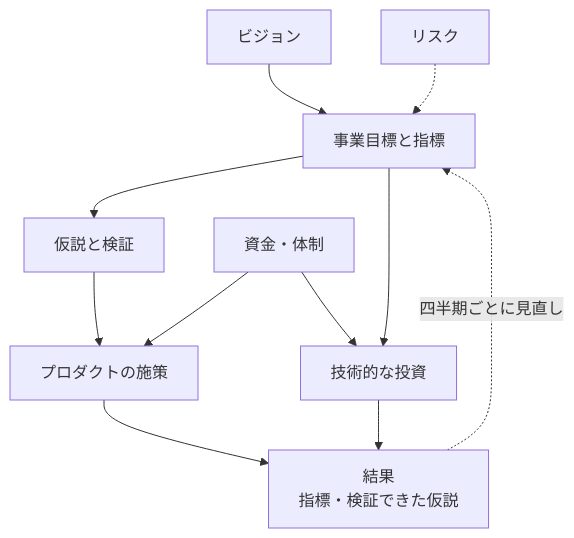
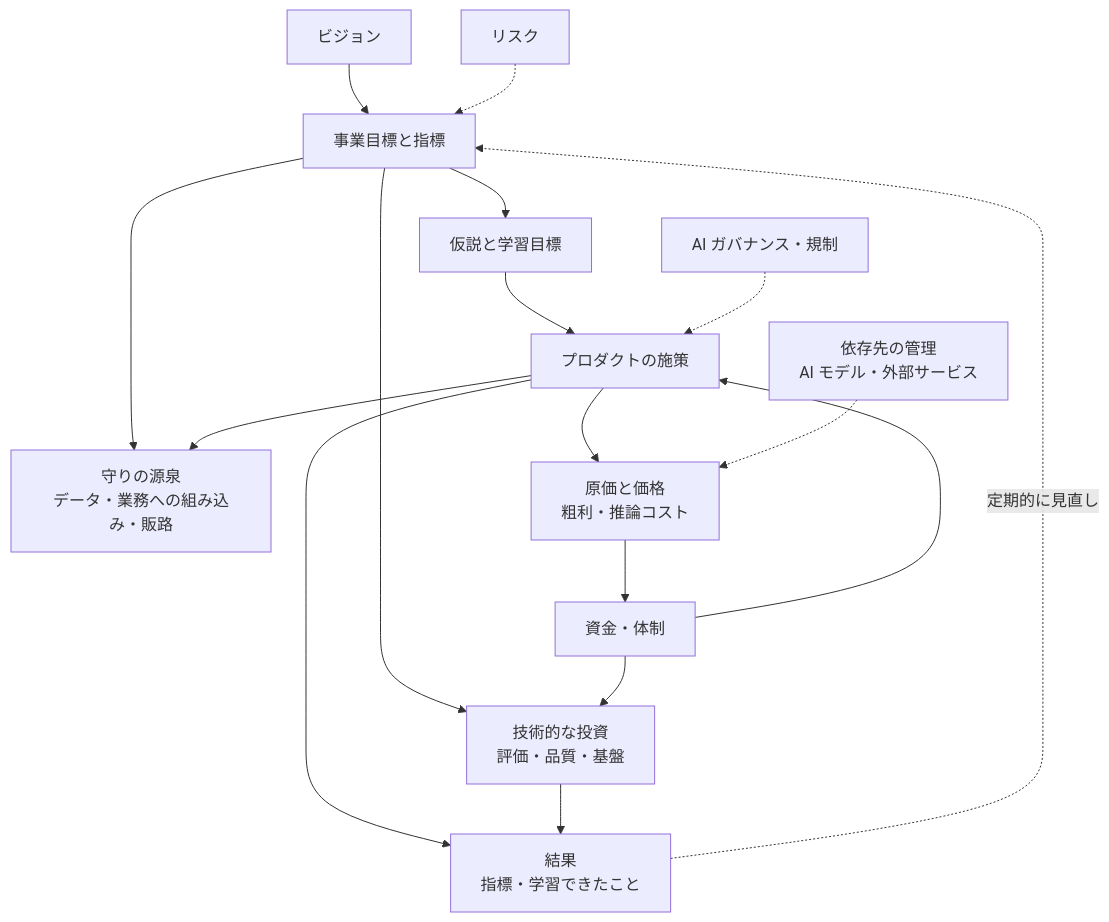
One commit to ktaishi/engineering-notes changed the first of 3 diagrams in business/roadmap.md. Above: the diagram before and after it, drawn with Mermaid. The commit also changed other lines of this file and 1 other file, not shown here.

First line of the commit message:
Expand business roadmap note for AI-era operations

````diff
--- a/business/roadmap.md
+++ b/business/roadmap.md
@@ -37,13 +85,19 @@
 ```mermaid
 flowchart TD
   V["ビジョン"] --> G["事業目標と指標"]
-  G --> H["仮説と検証"]
+  G --> H["仮説と学習目標"]
   H --> P["プロダクトの施策"]
-  G --> TI["技術的な投資"]
+  G --> TI["技術的な投資<br/>評価・品質・基盤"]
+  G --> MO["守りの源泉<br/>データ・業務への組み込み・販路"]
+  P --> MO
   F["資金・体制"] --> P
   F --> TI
+  UE["原価と価格<br/>粗利・推論コスト"] --> F
+  P --> UE
+  DEP["依存先の管理<br/>AI モデル・外部サービス"] -.-> UE
+  GOV["AI ガバナンス・規制"] -.-> P
   RK["リスク"] -.-> G
-  P --> RS["結果<br/>指標・検証できた仮説"]
+  P --> RS["結果<br/>指標・学習できたこと"]
   TI --> RS
-  RS -. "四半期ごとに見直し" .-> G
+  RS -. "定期的に見直し" .-> G
 ```
````
